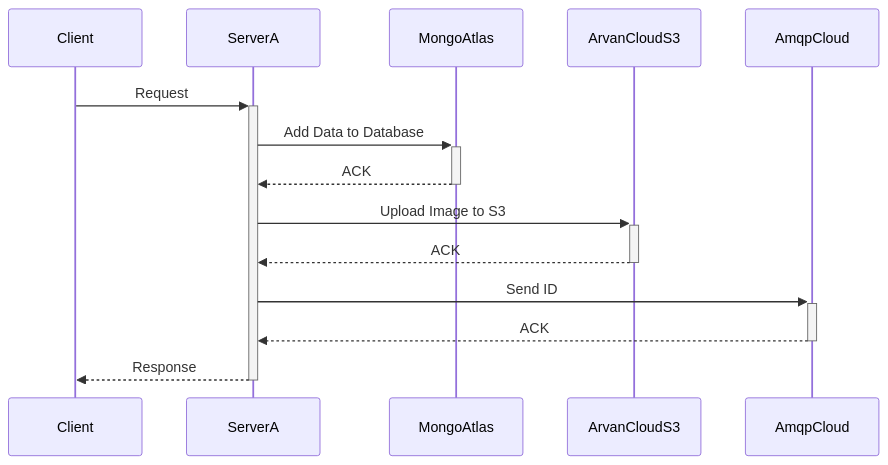
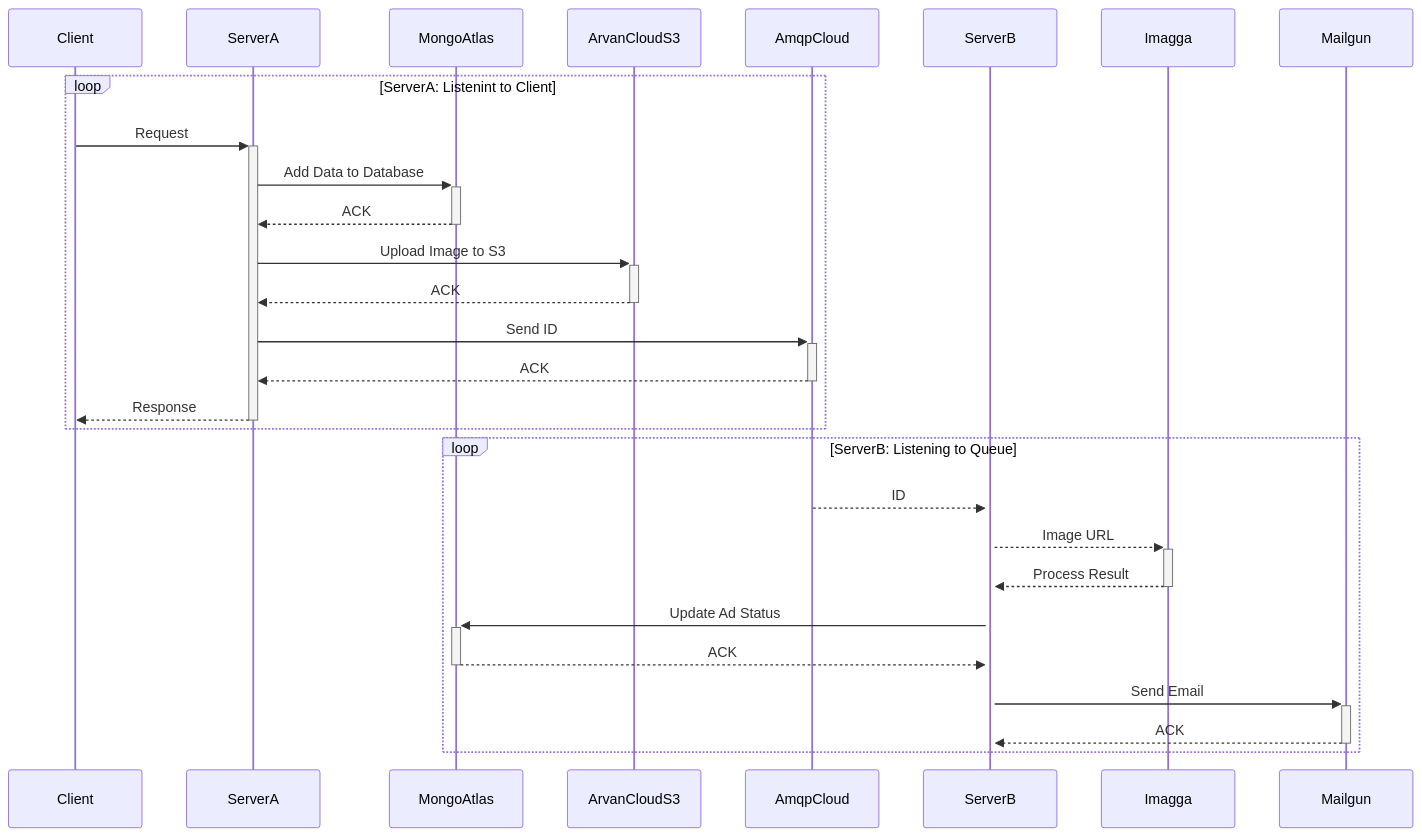
One commit to amir78729/advertisment-registration changed the second of 2 diagrams in Readme.md. Above: the diagram before and after it, drawn with Mermaid.

Commit message:
update readne

````diff
--- a/Readme.md
+++ b/Readme.md
@@ -30,11 +30,22 @@
 ```mermaid
 sequenceDiagram
-    Client->>+ServerA: Request
-    ServerA->>+MongoAtlas: Add Data to Database
-    MongoAtlas-->>-ServerA: ACK
-    ServerA->>+ArvanCloudS3: Upload Image to S3
-    ArvanCloudS3-->>-ServerA: ACK
-    ServerA->>+AmqpCloud: Send ID
-    AmqpCloud-->>-ServerA: ACK
-    ServerA-->>-Client: Response
+    loop ServerA: Listenint to Client
+        Client->>+ServerA: Request
+        ServerA->>+MongoAtlas: Add Data to Database
+        MongoAtlas-->>-ServerA: ACK
+        ServerA->>+ArvanCloudS3: Upload Image to S3
+        ArvanCloudS3-->>-ServerA: ACK
+        ServerA->>+AmqpCloud: Send ID
+        AmqpCloud-->>-ServerA: ACK
+        ServerA-->>-Client: Response
+    end
+    loop ServerB: Listening to Queue
+        AmqpCloud-->>+ServerB: ID
+        ServerB-->>+Imagga: Image URL
+        Imagga-->>-ServerB: Process Result
+        ServerB->>+MongoAtlas: Update Ad Status
+        MongoAtlas-->>-ServerB: ACK
+        ServerB->>+Mailgun: Send Email
+        Mailgun-->>-ServerB: ACK
+    end
 ```
````
